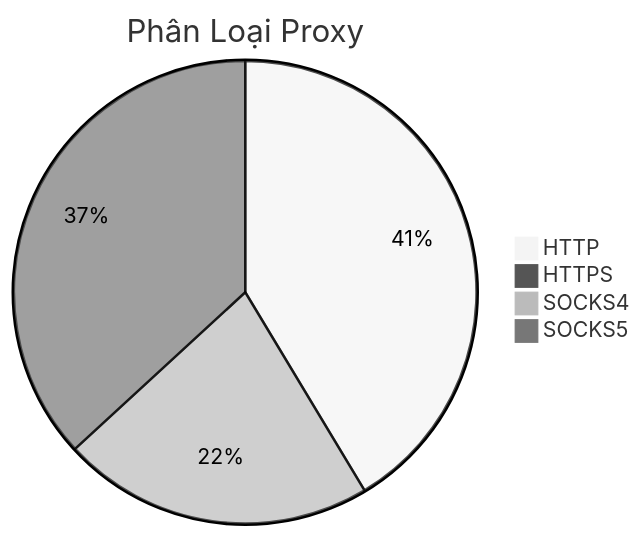
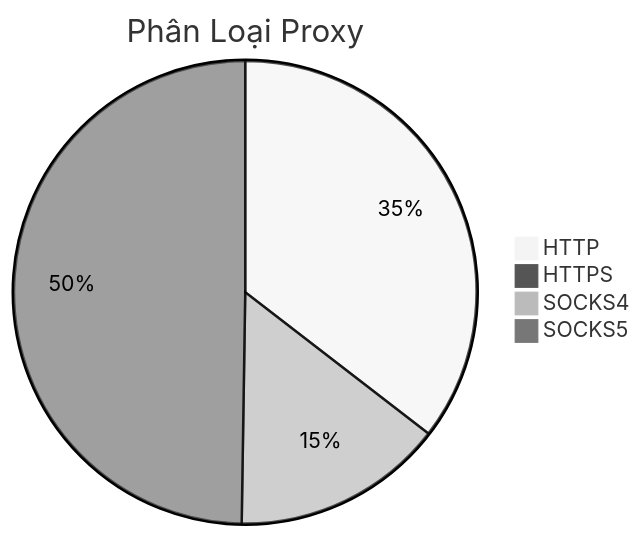
The diagram in README.md (Ciara-12/PROXY-free), drawn with Mermaid (neutral theme) before and after one commit. The commit also changed other lines of this file and 4 other files, not shown here.

````diff
--- a/README.md
+++ b/README.md
@@ -26,7 +26,7 @@
 ```mermaid
 pie title Phân Loại Proxy
-    "HTTP" : 775
-    "HTTPS" : 3
-    "SOCKS4" : 408
-    "SOCKS5" : 690
+    "HTTP" : 940
+    "HTTPS" : 5
+    "SOCKS4" : 392
+    "SOCKS5" : 1319
 ```
````
